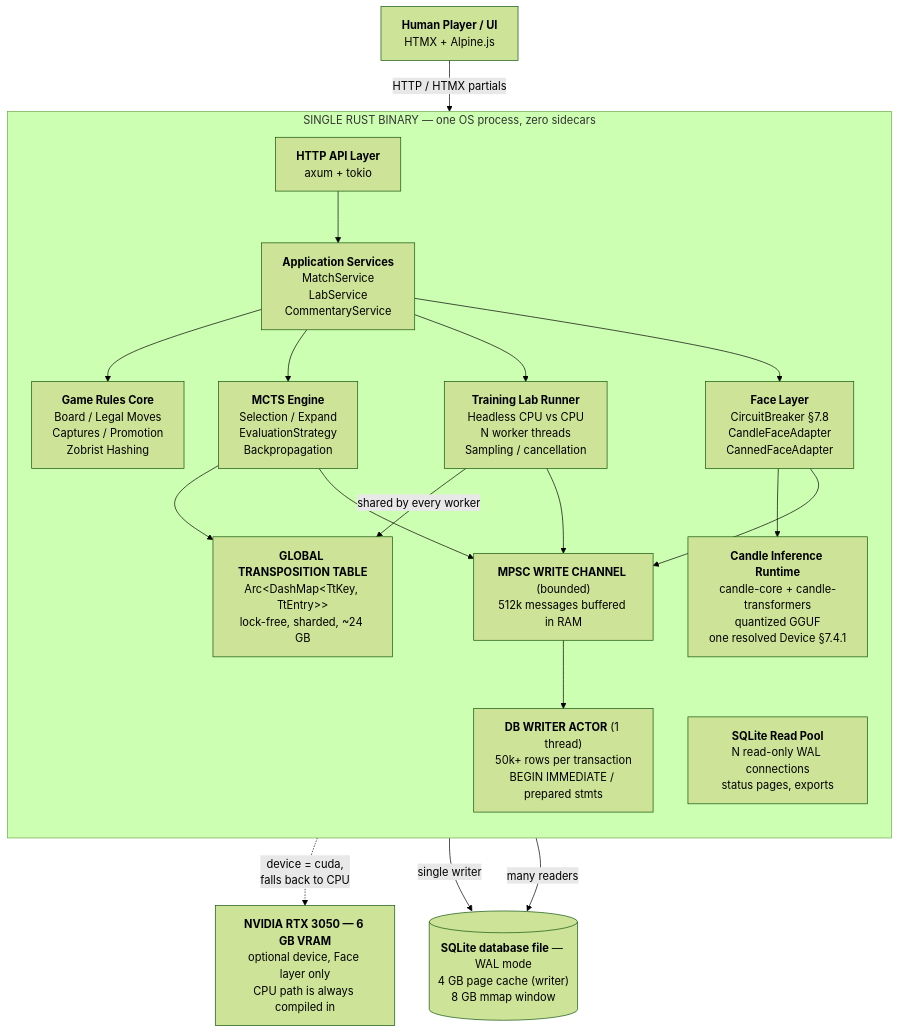
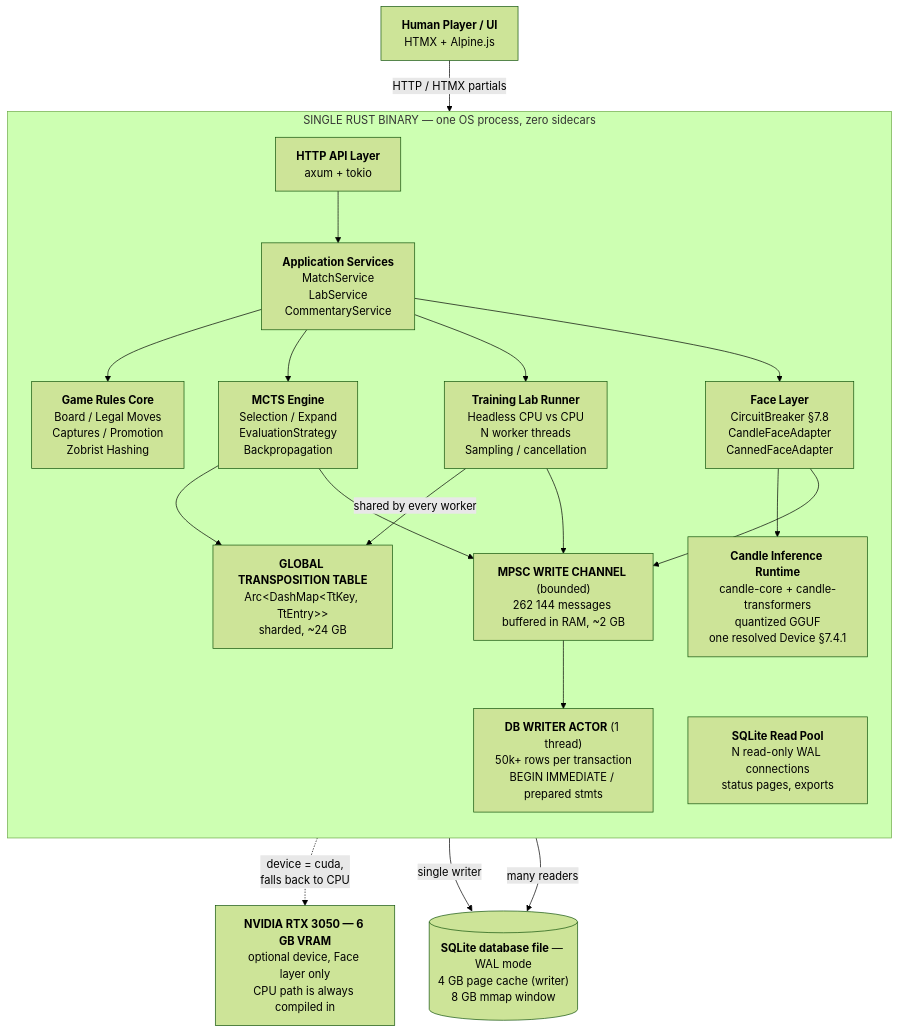
The diagram in docs/architecture/03-system-context.md (garnizeh/draughts), drawn with Mermaid (forest theme) before and after one commit. The commit also changed 32 other files, not shown here.

````diff
--- a/docs/architecture/03-system-context.md
+++ b/docs/architecture/03-system-context.md
@@ -5,46 +5,46 @@
 ```mermaid
 flowchart TB
     UI["<b>Human Player / UI</b><br/>HTMX + Alpine.js"]
 
     subgraph PROC["SINGLE RUST BINARY — one OS process, zero sidecars"]
         direction TB
 
         API["<b>HTTP API Layer</b><br/>axum + tokio"]
         SVC["<b>Application Services</b><br/>MatchService<br/>LabService<br/>CommentaryService"]
         RULES["<b>Game Rules Core</b><br/>Board / Legal Moves<br/>Captures / Promotion<br/>Zobrist Hashing"]
 
         MCTS["<b>MCTS Engine</b><br/>Selection / Expand<br/>EvaluationStrategy<br/>Backpropagation"]
         LAB["<b>Training Lab Runner</b><br/>Headless CPU vs CPU<br/>N worker threads<br/>Sampling / cancellation"]
         FACE["<b>Face Layer</b><br/>CircuitBreaker §7.8<br/>CandleFaceAdapter<br/>CannedFaceAdapter"]
 
-        TT["<b>GLOBAL TRANSPOSITION TABLE</b><br/>Arc&lt;DashMap&lt;TtKey, TtEntry&gt;&gt;<br/>lock-free, sharded, ~24 GB"]
+        TT["<b>GLOBAL TRANSPOSITION TABLE</b><br/>Arc&lt;DashMap&lt;TtKey, TtEntry&gt;&gt;<br/>sharded, ~24 GB"]
         CANDLE["<b>Candle Inference Runtime</b><br/>candle-core + candle-transformers<br/>quantized GGUF<br/>one resolved Device §7.4.1"]
 
-        CHAN["<b>MPSC WRITE CHANNEL</b> (bounded)<br/>512k messages buffered in RAM"]
+        CHAN["<b>MPSC WRITE CHANNEL</b> (bounded)<br/>262 144 messages buffered in RAM, ~2 GB"]
         WRITER["<b>DB WRITER ACTOR</b> (1 thread)<br/>50k+ rows per transaction<br/>BEGIN IMMEDIATE / prepared stmts"]
         READPOOL["<b>SQLite Read Pool</b><br/>N read-only WAL connections<br/>status pages, exports"]
     end
 
     DB[("<b>SQLite database file</b> — WAL mode<br/>4 GB page cache (writer)<br/>8 GB mmap window")]
     GPU["<b>NVIDIA RTX 3050 — 6 GB VRAM</b><br/>optional device, Face layer only<br/>CPU path is always compiled in"]
 
     UI -->|"HTTP / HTMX partials"| API
     API --> SVC
     SVC --> RULES
     SVC --> MCTS
     SVC --> LAB
     SVC --> FACE
 
     MCTS --> TT
     LAB -->|"shared by every worker"| TT
     FACE --> CANDLE
     CANDLE -.->|"device = cuda,<br/>falls back to CPU"| GPU
 
     MCTS --> CHAN
     LAB --> CHAN
     FACE --> CHAN
     CHAN --> WRITER
 
     WRITER -->|"single writer"| DB
     READPOOL -->|"many readers"| DB
 ```
````
